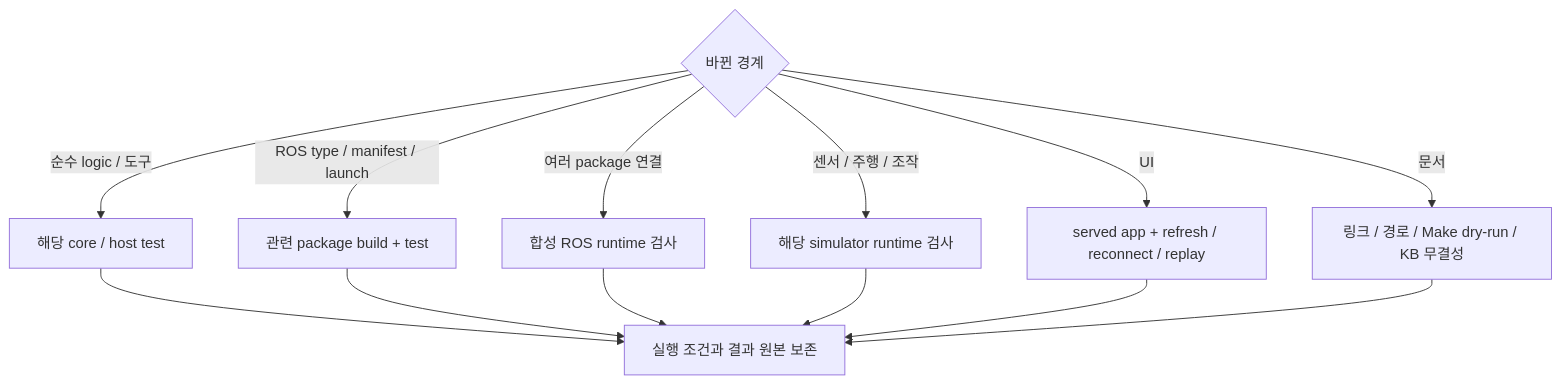
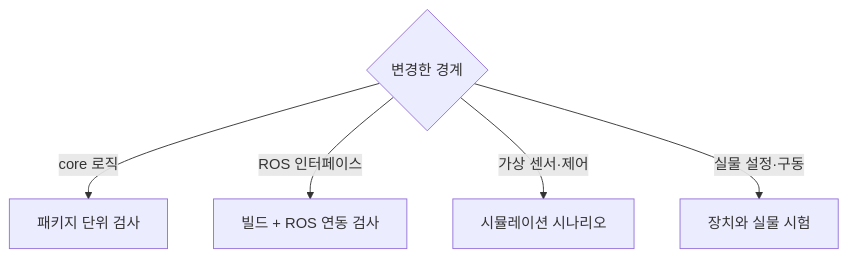
Before and after one commit to asm17-moving-agent/cleany: the diagram in docs/TESTING.md, drawn with Mermaid. The commit also changed other lines of this file and 49 other files, not shown here.

````diff
--- a/docs/TESTING.md
+++ b/docs/TESTING.md
@@ -35,16 +5,8 @@
 ```mermaid
-flowchart TB
-    Change{"바뀐 경계"}
-    Change -->|"순수 logic / 도구"| Unit["해당 core / host test"]
-    Change -->|"ROS type / manifest / launch"| Package["관련 package build + test"]
-    Change -->|"여러 package 연결"| ROS["합성 ROS runtime 검사"]
-    Change -->|"센서 / 주행 / 조작"| Sim["해당 simulator runtime 검사"]
-    Change -->|"UI"| UI["served app + refresh / reconnect / replay"]
-    Change -->|"문서"| Docs["링크 / 경로 / Make dry-run / KB 무결성"]
-    Unit --> Evidence["실행 조건과 결과 원본 보존"]
-    Package --> Evidence
-    ROS --> Evidence
-    Sim --> Evidence
-    UI --> Evidence
-    Docs --> Evidence
+flowchart TD
+  Change{"변경한 경계"}
+  Change -->|"core 로직"| Unit["패키지 단위 검사"]
+  Change -->|"ROS 인터페이스"| ROS["빌드 + ROS 연동 검사"]
+  Change -->|"가상 센서·제어"| Sim["시뮬레이션 시나리오"]
+  Change -->|"실물 설정·구동"| Real["장치와 실물 시험"]
 ```
````
